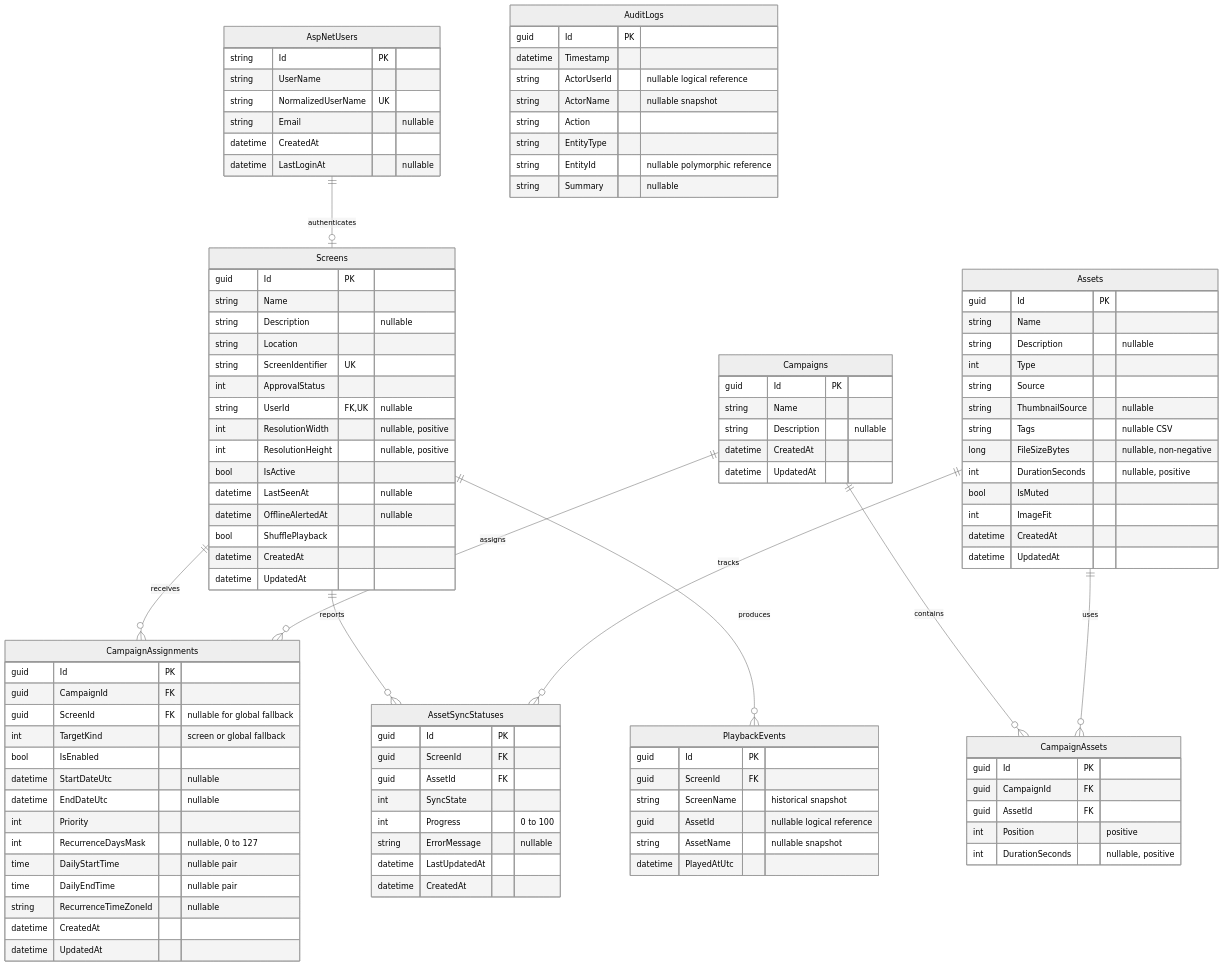
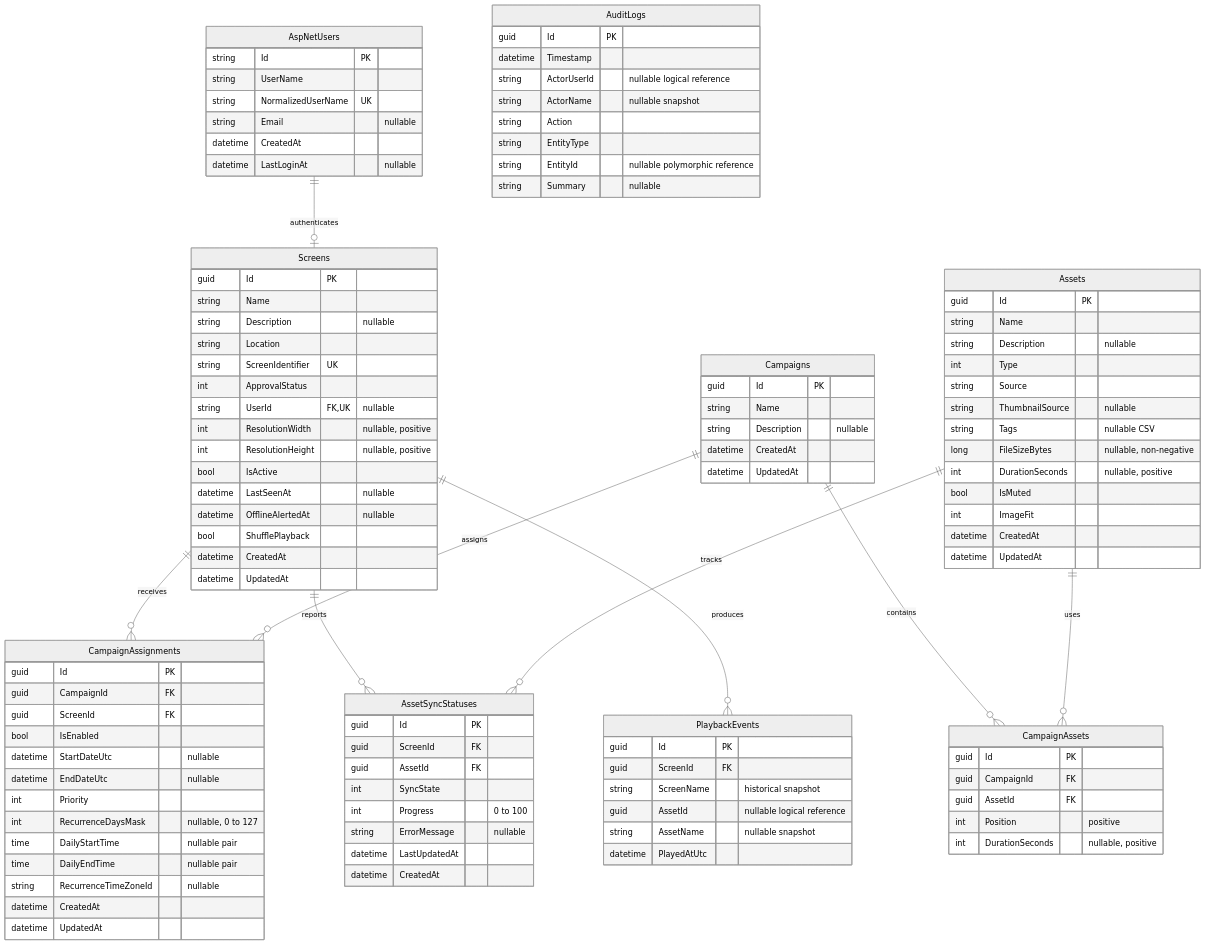
The first of 2 diagrams in docs/database-er-model.md (clFaster/Mireya), drawn with Mermaid (neutral theme) before and after one commit. The commit also changed other lines of this file and 27 other files, not shown here.

```diff
--- a/docs/database-er-model.md
+++ b/docs/database-er-model.md
@@ -75,8 +75,7 @@
     CampaignAssignments {
         guid Id PK
         guid CampaignId FK
-        guid ScreenId FK "nullable for global fallback"
-        int TargetKind "screen or global fallback"
+        guid ScreenId FK
         bool IsEnabled
         datetime StartDateUtc "nullable"
         datetime EndDateUtc "nullable"
```
